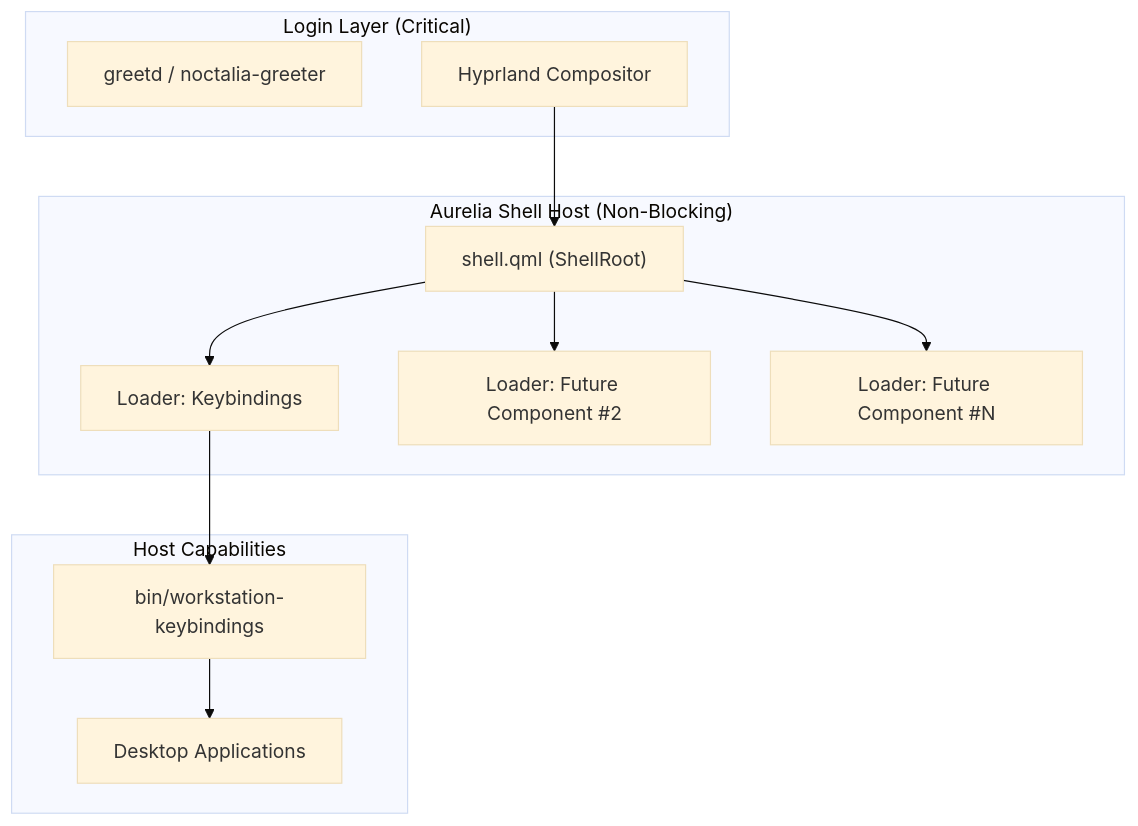
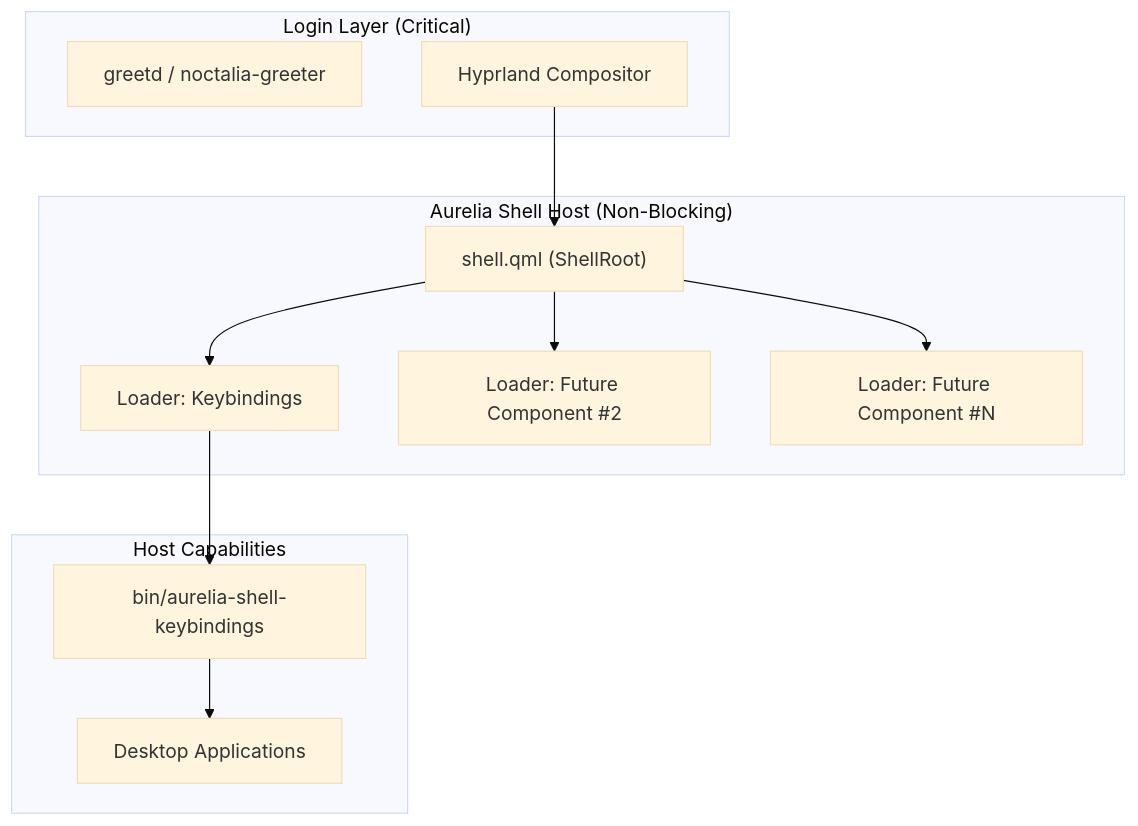
Before and after one commit to kk18888678/fedora-hyprland-workstation: the second of 2 diagrams in docs/aurelia-shell-architecture.md, drawn with Mermaid (base theme). The commit also changed other lines of this file and 21 other files, not shown here.

Commit message:
fix(aurelia): harden keybindings input and provenance

````diff
--- a/docs/aurelia-shell-architecture.md
+++ b/docs/aurelia-shell-architecture.md
@@ -136,26 +136,26 @@
 ```mermaid
 graph TD
     subgraph "Login Layer (Critical)"
         Greetd["greetd / noctalia-greeter"]
         Hyprland["Hyprland Compositor"]
     end
 
     subgraph "Aurelia Shell Host (Non-Blocking)"
         ShellRoot["shell.qml (ShellRoot)"]
         Comp1["Loader: Keybindings"]
         Comp2["Loader: Future Component #2"]
         CompN["Loader: Future Component #N"]
     end
 
     subgraph "Host Capabilities"
-        Backend["bin/workstation-keybindings"]
+        Backend["bin/aurelia-shell-keybindings"]
         Apps["Desktop Applications"]
     end
 
     Hyprland --> ShellRoot
     ShellRoot --> Comp1
     ShellRoot --> Comp2
     ShellRoot --> CompN
     Comp1 --> Backend
     Backend --> Apps
 ```
````
